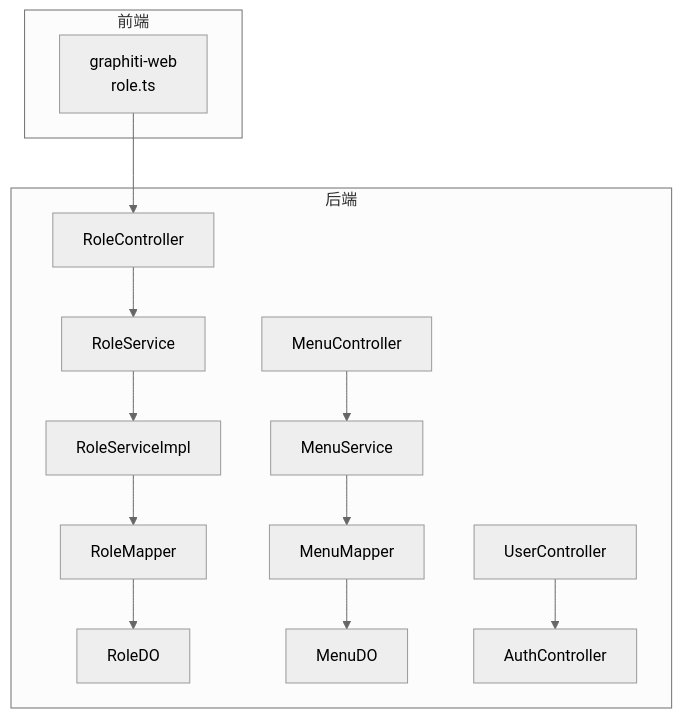
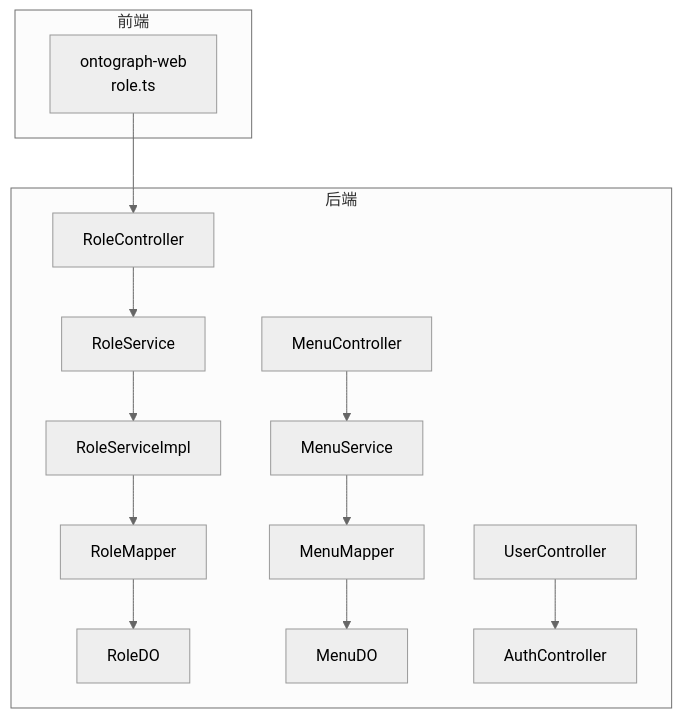
The first of 4 diagrams in docs/manual/API接口文档/系统管理接口/角色管理接口.md (joezxh/graphiti-java), drawn with Mermaid (neutral theme) before and after one commit. The commit also changed other lines of this file and 200 other files, not shown here.

````diff
--- a/docs/manual/API接口文档/系统管理接口/角色管理接口.md
+++ b/docs/manual/API接口文档/系统管理接口/角色管理接口.md
@@ -41,28 +41,28 @@
 ```mermaid
 graph TB
 subgraph "前端"
-FE["graphiti-web<br/>role.ts"]
+FE["ontograph-web<br/>role.ts"]
 end
 subgraph "后端"
 RC["RoleController"]
 RS["RoleService"]
 RSI["RoleServiceImpl"]
 RM["RoleMapper"]
 RDO["RoleDO"]
 MC["MenuController"]
 MS["MenuService"]
 MM["MenuMapper"]
 MDO["MenuDO"]
 UC["UserController"]
 AC["AuthController"]
 end
 FE --> RC
 RC --> RS
 RS --> RSI
 RSI --> RM
 RM --> RDO
 MC --> MS
 MS --> MM
 MM --> MDO
 UC --> AC
 ```
````
